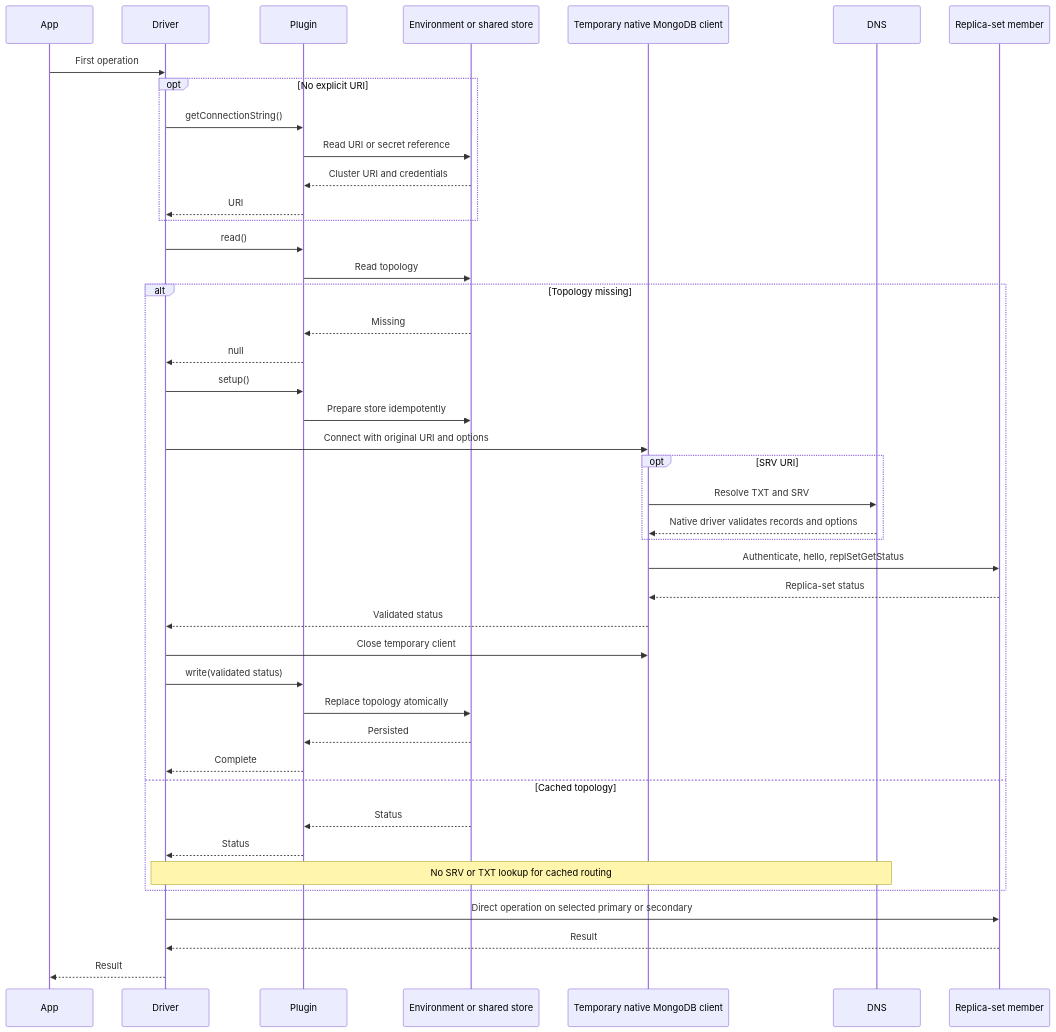
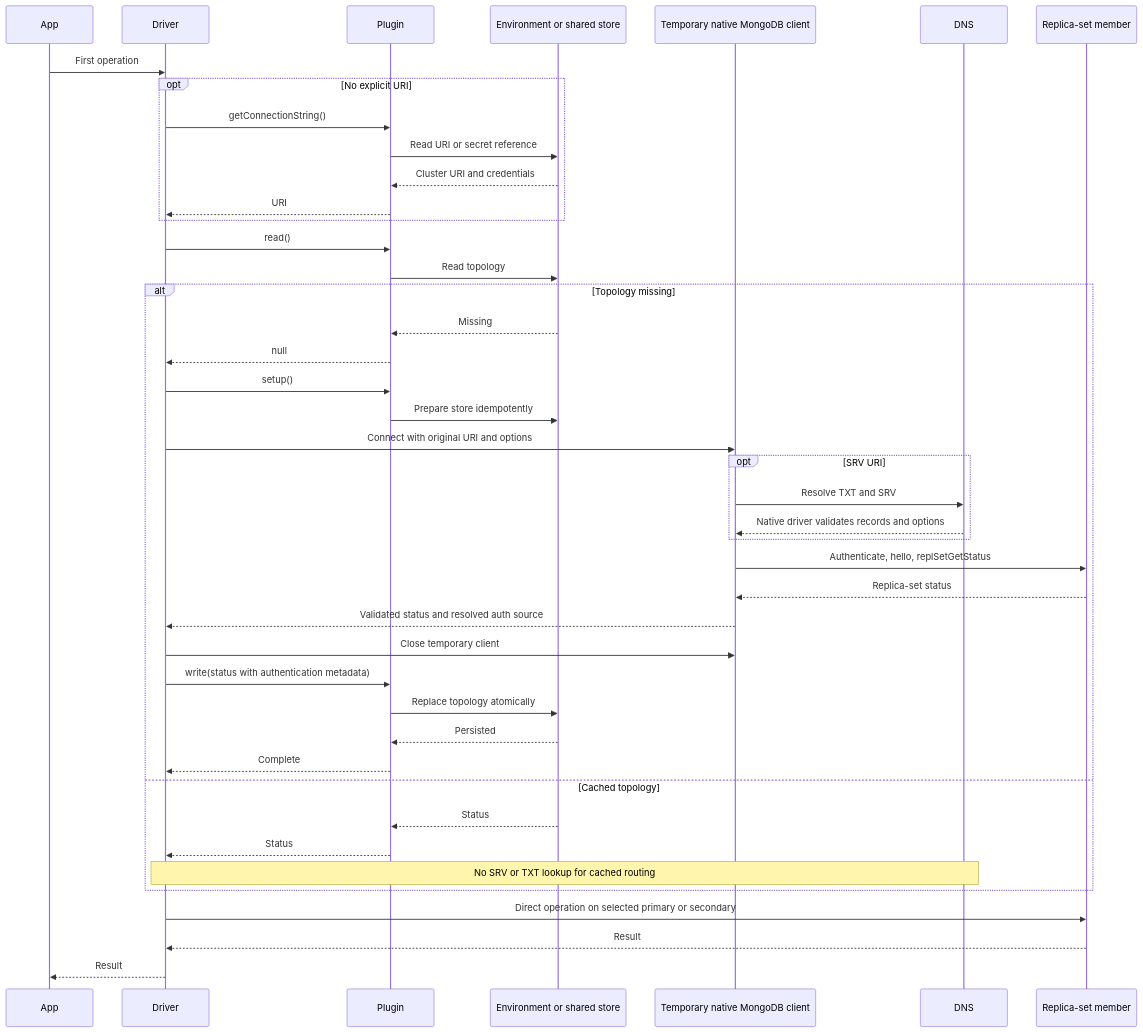
Before and after one commit to alexbevi/mongodb-serverless: the second of 3 diagrams in docs/architecture.md, drawn with Mermaid. The commit also changed other lines of this file and 18 other files, not shown here.

Commit message:
fix(driver): preserve authentication across cached connections

````diff
--- a/docs/architecture.md
+++ b/docs/architecture.md
@@ -49,45 +49,45 @@
 ```mermaid
 sequenceDiagram
     participant App
     participant Driver
     participant Plugin
     participant Store as Environment or shared store
     participant Native as Temporary native MongoDB client
     participant DNS
     participant Member as Replica-set member
     App->>Driver: First operation
     opt No explicit URI
         Driver->>Plugin: getConnectionString()
         Plugin->>Store: Read URI or secret reference
         Store-->>Plugin: Cluster URI and credentials
         Plugin-->>Driver: URI
     end
     Driver->>Plugin: read()
     Plugin->>Store: Read topology
     alt Topology missing
         Store-->>Plugin: Missing
         Plugin-->>Driver: null
         Driver->>Plugin: setup()
         Plugin->>Store: Prepare store idempotently
         Driver->>Native: Connect with original URI and options
         opt SRV URI
             Native->>DNS: Resolve TXT and SRV
             DNS-->>Native: Native driver validates records and options
         end
         Native->>Member: Authenticate, hello, replSetGetStatus
         Member-->>Native: Replica-set status
-        Native-->>Driver: Validated status
+        Native-->>Driver: Validated status and resolved auth source
         Driver->>Native: Close temporary client
-        Driver->>Plugin: write(validated status)
+        Driver->>Plugin: write(status with authentication metadata)
         Plugin->>Store: Replace topology atomically
         Store-->>Plugin: Persisted
         Plugin-->>Driver: Complete
     else Cached topology
         Store-->>Plugin: Status
         Plugin-->>Driver: Status
         Note over Driver,DNS: No SRV or TXT lookup for cached routing
     end
     Driver->>Member: Direct operation on selected primary or secondary
     Member-->>Driver: Result
     Driver-->>App: Result
 ```
````
